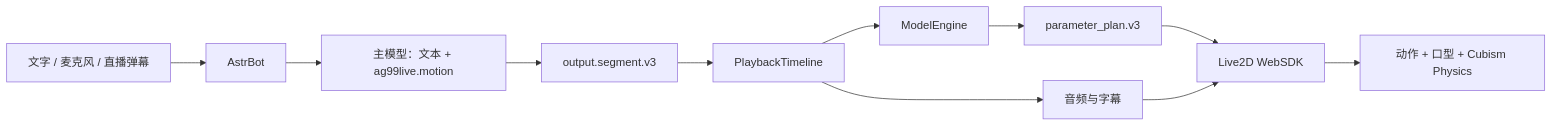
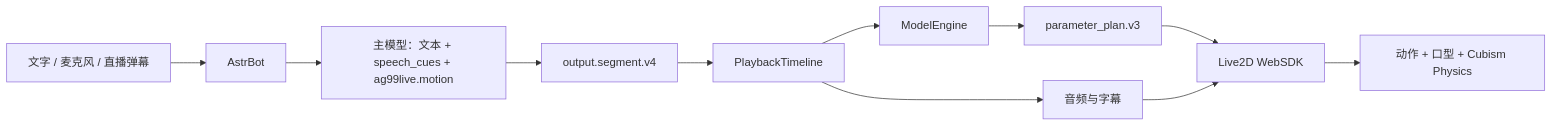
The diagram in README.md (murphys7017/AG99live), drawn with Mermaid before and after one commit. The commit also changed other lines of this file and 42 other files, not shown here.

Commit message:
feat: transport provider-neutral speech cues

````diff
--- a/README.md
+++ b/README.md
@@ -207,13 +207,13 @@
 ```mermaid
 flowchart LR
     U["文字 / 麦克风 / 直播弹幕"] --> A["AstrBot"]
-    A --> P["主模型：文本 + ag99live.motion"]
-    P --> S["output.segment.v3"]
+    A --> P["主模型：文本 + speech_cues + ag99live.motion"]
+    P --> S["output.segment.v4"]
     S --> T["PlaybackTimeline"]
     T --> AU["音频与字幕"]
     T --> M["ModelEngine"]
     M --> PL["parameter_plan.v3"]
     PL --> L["Live2D WebSDK"]
     AU --> L
     L --> R["动作 + 口型 + Cubism Physics"]
 ```
````
